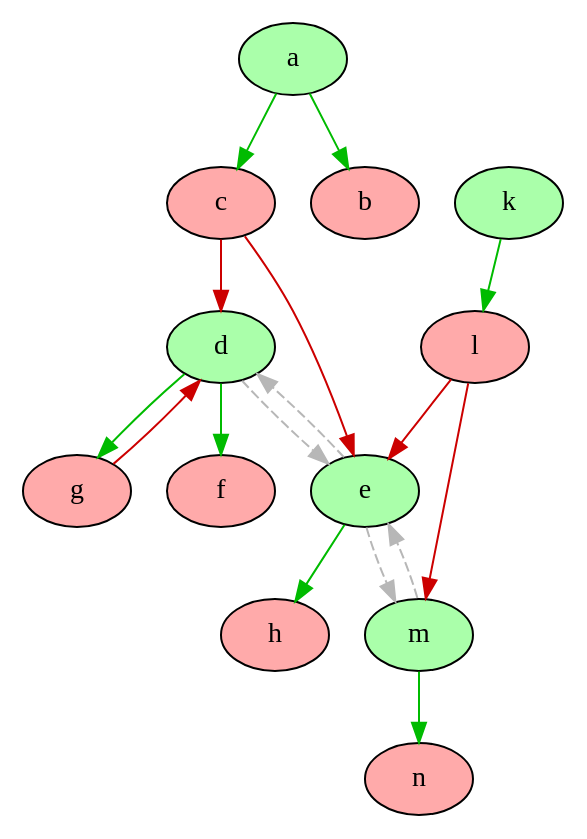
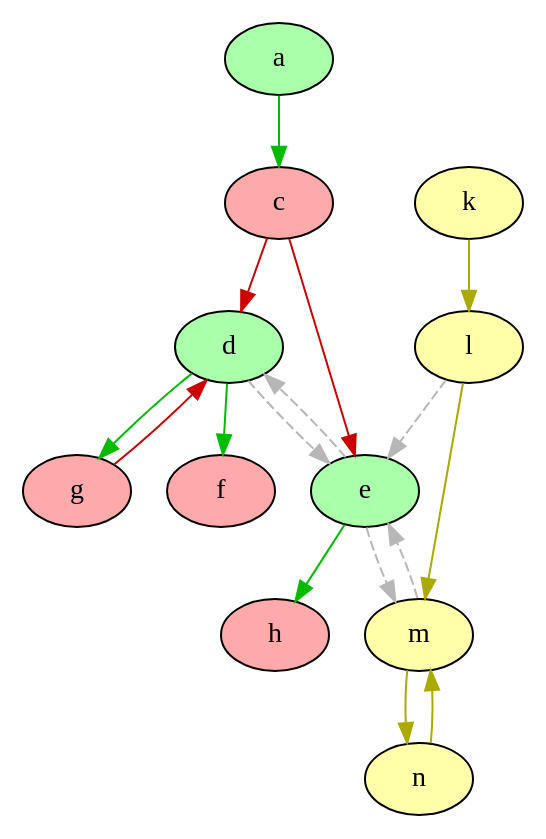
Before and after one commit to idaks/Games-and-Argumentation: the diagram in XLoKR-2023/vanilla_version/output/game_graph_colored.dot, drawn with Graphviz. The commit also changed 12 other files, not shown here.

```diff
--- a/XLoKR-2023/vanilla_version/output/game_graph_colored.dot
+++ b/XLoKR-2023/vanilla_version/output/game_graph_colored.dot
@@ -1,62 +1,61 @@
 strict digraph "" {
 	a	[fillcolor="#AAFFAA",
 		style=filled];
-	b	[fillcolor="#FFAAAA",
-		style=filled];
-	a -> b	[color="#00BB00",
-		dir=forward];
 	c	[fillcolor="#FFAAAA",
 		style=filled];
 	a -> c	[color="#00BB00",
 		dir=forward];
 	d	[fillcolor="#AAFFAA",
 		style=filled];
 	c -> d	[color="#CC0000",
 		dir=forward];
 	e	[fillcolor="#AAFFAA",
 		style=filled];
 	c -> e	[color="#CC0000",
 		dir=forward];
 	d -> e	[color="#b7b7b7",
 		dir=forward,
 		style=dashed];
 	f	[fillcolor="#FFAAAA",
 		style=filled];
 	d -> f	[color="#00BB00",
 		dir=forward];
 	g	[fillcolor="#FFAAAA",
 		style=filled];
 	d -> g	[color="#00BB00",
 		dir=forward];
 	e -> d	[color="#b7b7b7",
 		dir=forward,
 		style=dashed];
-	m	[fillcolor="#AAFFAA",
+	m	[fillcolor="#FFFFAA",
 		style=filled];
 	e -> m	[color="#b7b7b7",
 		dir=forward,
 		style=dashed];
 	h	[fillcolor="#FFAAAA",
 		style=filled];
 	e -> h	[color="#00BB00",
 		dir=forward];
-	k	[fillcolor="#AAFFAA",
+	k	[fillcolor="#FFFFAA",
 		style=filled];
-	l	[fillcolor="#FFAAAA",
+	l	[fillcolor="#FFFFAA",
 		style=filled];
-	k -> l	[color="#00BB00",
+	k -> l	[color="#AAAA00",
 		dir=forward];
-	l -> e	[color="#CC0000",
-		dir=forward];
-	l -> m	[color="#CC0000",
+	l -> e	[color="#b7b7b7",
+		dir=forward,
+		style=dashed];
+	l -> m	[color="#AAAA00",
 		dir=forward];
 	m -> e	[color="#b7b7b7",
 		dir=forward,
 		style=dashed];
-	n	[fillcolor="#FFAAAA",
+	n	[fillcolor="#FFFFAA",
 		style=filled];
-	m -> n	[color="#00BB00",
+	m -> n	[color="#AAAA00",
 		dir=forward];
 	g -> d	[color="#CC0000",
 		dir=forward];
+	n -> m	[color="#AAAA00",
+		dir=forward];
 }
```
